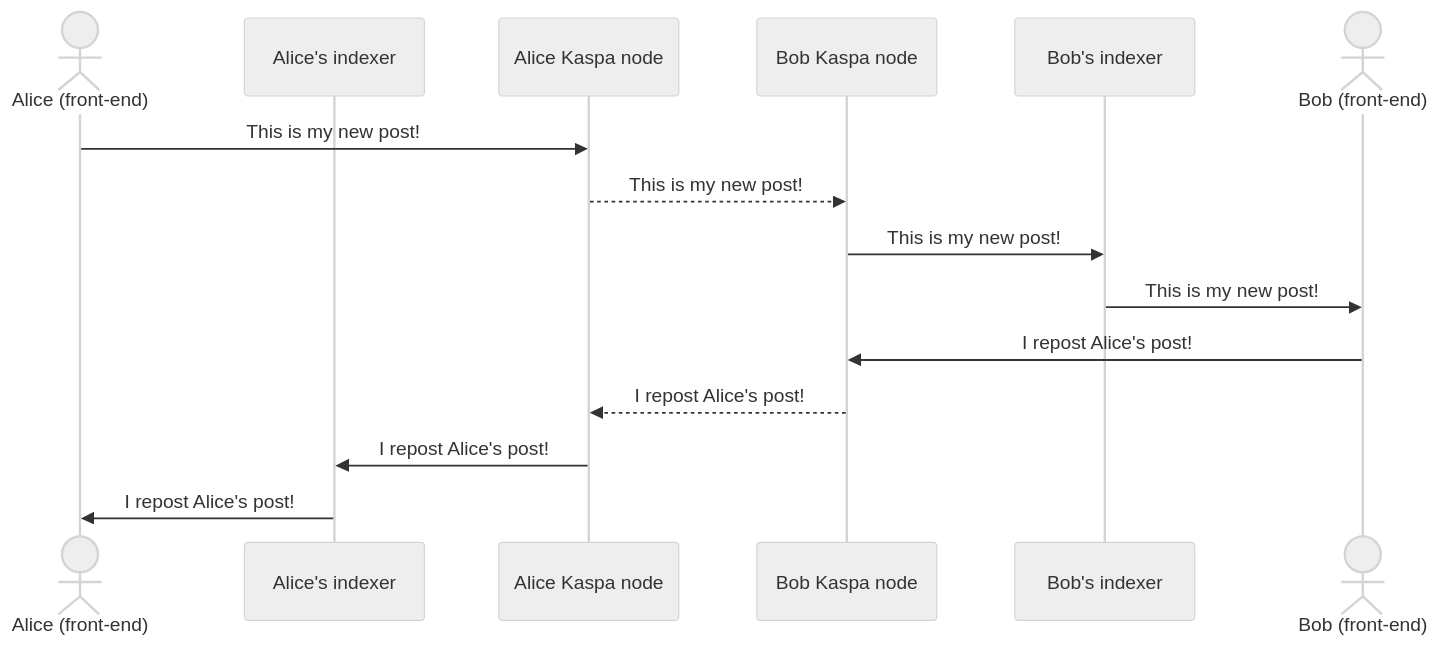
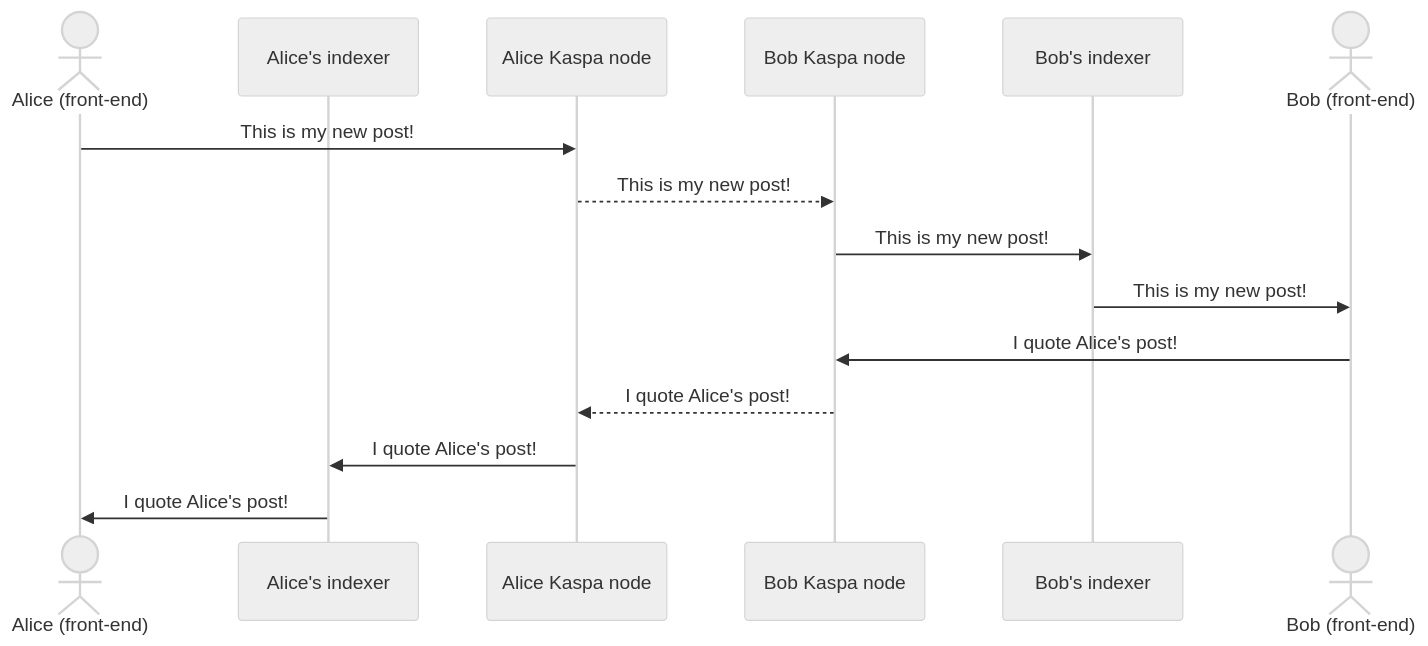
Before and after one commit to thesheepcat/K-indexer: the sixth of 10 diagrams in PROTOCOL_SPECIFICATIONS.md, drawn with Mermaid (neutral theme). The commit also changed other lines of this file and 1 other file, not shown here.

Commit message:
Quote implementation on K-transaction-processor

````diff
--- a/PROTOCOL_SPECIFICATIONS.md
+++ b/PROTOCOL_SPECIFICATIONS.md
@@ -207,14 +207,14 @@
 ```mermaid
 sequenceDiagram
     actor A as Alice (front-end)
     participant Alice's indexer
     A->>Alice Kaspa node: This is my new post!
     Alice Kaspa node-->>Bob Kaspa node: This is my new post!
     Bob Kaspa node->>Bob's indexer: This is my new post!
     actor B as Bob (front-end)
     Bob's indexer->>B: This is my new post!
-    B->>Bob Kaspa node: I repost Alice's post!
-    Bob Kaspa node-->>Alice Kaspa node: I repost Alice's post!
-    Alice Kaspa node->>Alice's indexer: I repost Alice's post!
-    Alice's indexer->>A: I repost Alice's post!
+    B->>Bob Kaspa node: I quote Alice's post!
+    Bob Kaspa node-->>Alice Kaspa node: I quote Alice's post!
+    Alice Kaspa node->>Alice's indexer: I quote Alice's post!
+    Alice's indexer->>A: I quote Alice's post!
 ```
````
